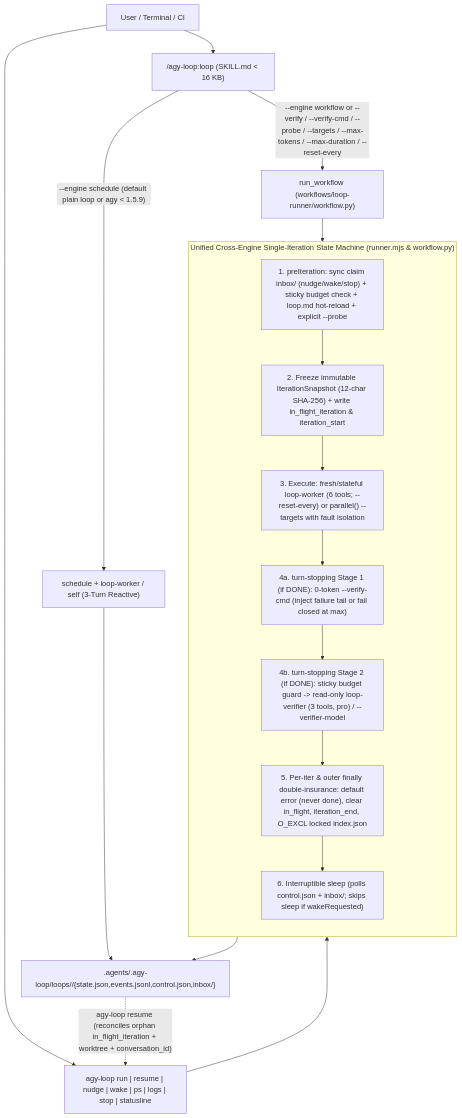
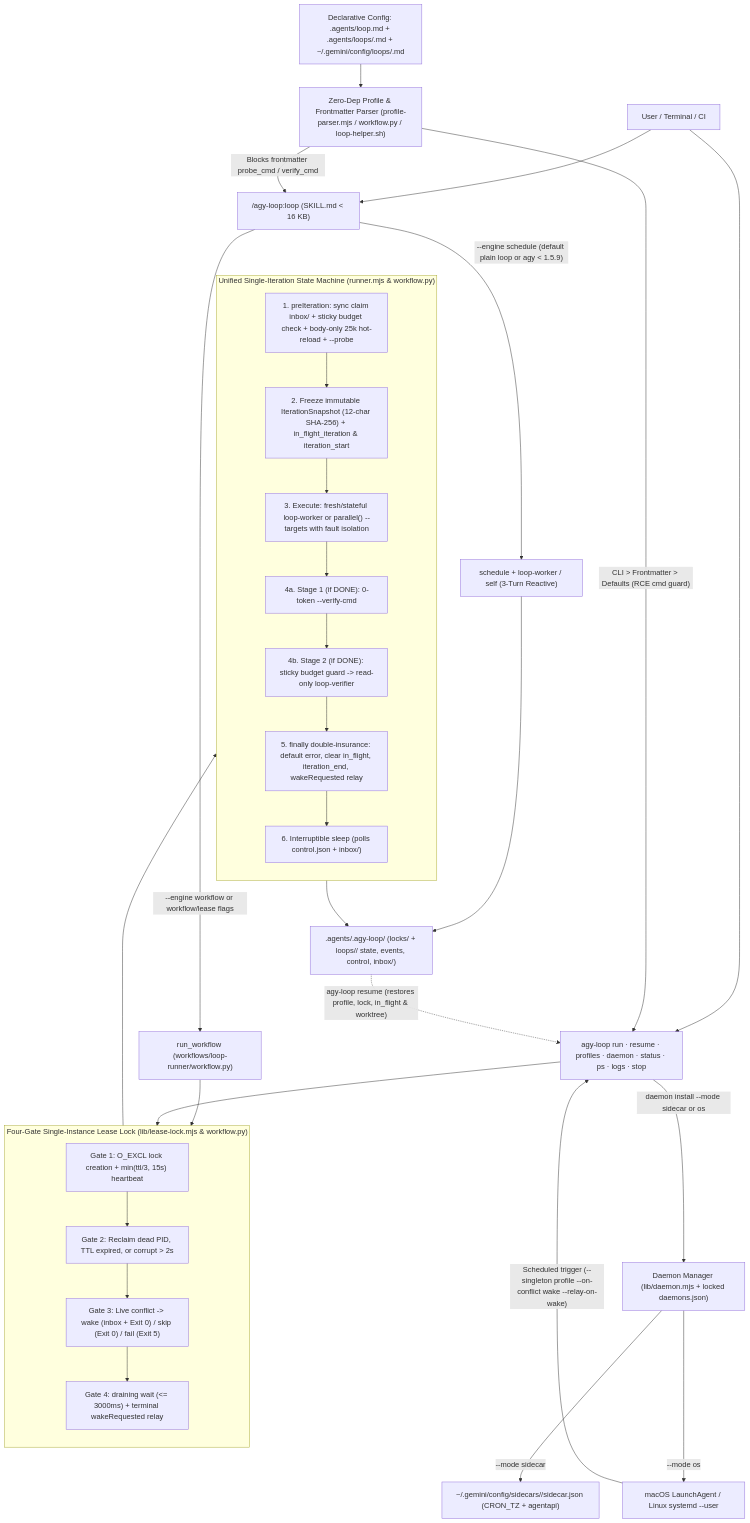
One commit to maxlee/agy-loop changed the first of 7 diagrams in ARCHITECTURE.md. Above: the diagram before and after it, drawn with Mermaid. The commit also changed other lines of this file and 28 other files, not shown here.

Commit message:
feat: 发布 v2.0.0（YAML v2 多 Profile、四道关卡 Lease 锁、跨重启 Daemon、统一 status 与精简文档体系）

````diff
--- a/ARCHITECTURE.md
+++ b/ARCHITECTURE.md
@@ -56,26 +65,45 @@
 ```mermaid
 flowchart TD
   User["User / Terminal / CI"] --> Interactive["/agy-loop:loop (SKILL.md < 16 KB)"]
-  User --> Headless["agy-loop run | resume | nudge | wake | ps | logs | stop | statusline"]
+  User --> Headless["agy-loop run · resume · profiles · daemon · status · ps · logs · stop"]
+
+  Profiles["Declarative Config: .agents/loop.md + .agents/loops/<name>.md + ~/.gemini/config/loops/<name>.md"] --> Parser["Zero-Dep Profile & Frontmatter Parser (profile-parser.mjs / workflow.py / loop-helper.sh)"]
+  Parser -->|"CLI > Frontmatter > Defaults (RCE cmd guard)"| Headless
+  Parser -->|"Blocks frontmatter probe_cmd / verify_cmd"| Interactive
 
   Interactive -->|"--engine schedule (default plain loop or agy < 1.5.9)"| Sched["schedule + loop-worker / self (3-Turn Reactive)"]
-  Interactive -->|"--engine workflow or --verify / --verify-cmd / --probe / --targets / --max-tokens / --max-duration / --reset-every"| Wf["run_workflow (workflows/loop-runner/workflow.py)"]
+  Interactive -->|"--engine workflow or workflow/lease flags"| Wf["run_workflow (workflows/loop-runner/workflow.py)"]
+  Headless -->|"daemon install --mode sidecar or os"| DaemonMgr["Daemon Manager (lib/daemon.mjs + locked daemons.json)"]
+  DaemonMgr -->|"--mode sidecar"| Sidecar["~/.gemini/config/sidecars/<slug>/sidecar.json (CRON_TZ + agentapi)"]
+  DaemonMgr -->|"--mode os"| OS["macOS LaunchAgent / Linux systemd --user"]
+  OS -->|"Scheduled trigger (--singleton profile --on-conflict wake --relay-on-wake)"| Headless
 
-  subgraph UnifiedCycle["Unified Cross-Engine Single-Iteration State Machine (runner.mjs & workflow.py)"]
+  subgraph LeaseGate["Four-Gate Single-Instance Lease Lock (lib/lease-lock.mjs & workflow.py)"]
     direction TB
-    Pre["1. preIteration: sync claim inbox/ (nudge/wake/stop) + sticky budget check + loop.md hot-reload + explicit --probe"]
-    Snap["2. Freeze immutable IterationSnapshot (12-char SHA-256) + write in_flight_iteration & iteration_start"]
-    Exec["3. Execute: fresh/stateful loop-worker (6 tools; --reset-every) or parallel() --targets with fault isolation"]
-    Gate1["4a. turn-stopping Stage 1 (if DONE): 0-token --verify-cmd (inject failure tail or fail closed at max)"]
-    Gate2["4b. turn-stopping Stage 2 (if DONE): sticky budget guard -> read-only loop-verifier (3 tools, pro) / --verifier-model"]
-    Fin["5. Per-iter & outer finally double-insurance: default error (never done), clear in_flight, iteration_end, O_EXCL locked index.json"]
-    Sleep["6. Interruptible sleep (polls control.json + inbox/; skips sleep if wakeRequested)"]
+    G1["Gate 1: O_EXCL lock creation + min(ttl/3, 15s) heartbeat"]
+    G2["Gate 2: Reclaim dead PID, TTL expired, or corrupt > 2s"]
+    G3["Gate 3: Live conflict -> wake (inbox + Exit 0) / skip (Exit 0) / fail (Exit 5)"]
+    G4["Gate 4: draining wait (<= 3000ms) + terminal wakeRequested relay"]
+    G1 --> G2 --> G3 --> G4
+  end
+
+  Wf --> LeaseGate
+  Headless --> LeaseGate
+
+  subgraph UnifiedCycle["Unified Single-Iteration State Machine (runner.mjs & workflow.py)"]
+    direction TB
+    Pre["1. preIteration: sync claim inbox/ + sticky budget check + body-only 25k hot-reload + --probe"]
+    Snap["2. Freeze immutable IterationSnapshot (12-char SHA-256) + in_flight_iteration & iteration_start"]
+    Exec["3. Execute: fresh/stateful loop-worker or parallel() --targets with fault isolation"]
+    Gate1["4a. Stage 1 (if DONE): 0-token --verify-cmd"]
+    Gate2["4b. Stage 2 (if DONE): sticky budget guard -> read-only loop-verifier"]
+    Fin["5. finally double-insurance: default error, clear in_flight, iteration_end, wakeRequested relay"]
+    Sleep["6. Interruptible sleep (polls control.json + inbox/)"]
     Pre --> Snap --> Exec --> Gate1 --> Gate2 --> Fin --> Sleep
   end
 
-  Wf --> UnifiedCycle
-  Headless --> UnifiedCycle
-  UnifiedCycle --> State[".agents/.agy-loop/loops/<loop_id>/{state.json,events.jsonl,control.json,inbox/}"]
+  LeaseGate --> UnifiedCycle
+  UnifiedCycle --> State[".agents/.agy-loop/ (locks/ + loops/<loop_id>/ state, events, control, inbox/)"]
   Sched --> State
-  State -.->|"agy-loop resume (reconciles orphan in_flight_iteration + worktree + conversation_id)"| Headless
+  State -.->|"agy-loop resume (restores profile, lock, in_flight & worktree)"| Headless
 ```
````
